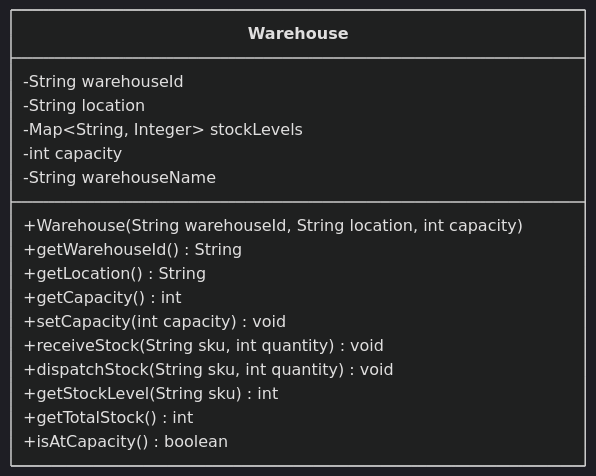
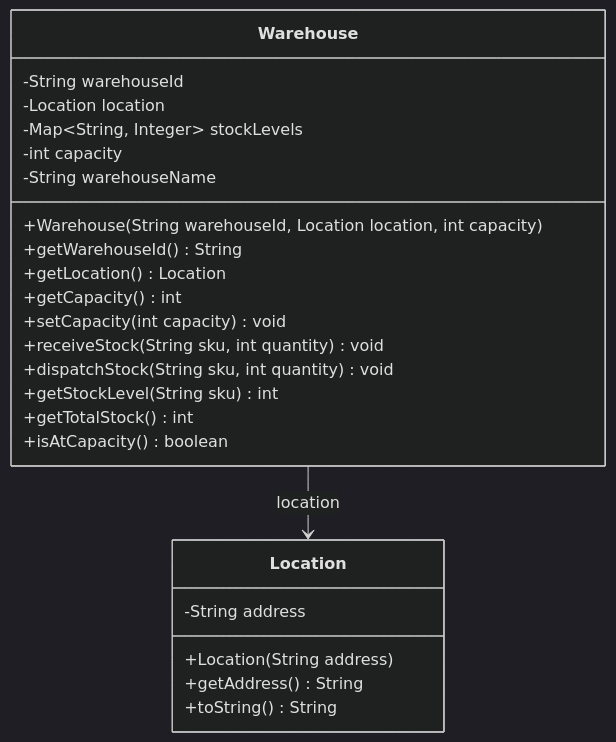
The diagram in docs/diagrams/class-diagram.md (nichom01/GitHub-bob-demo), drawn with Mermaid (dark theme) before and after one commit. The commit also changed 2 other files, not shown here.

Commit message:
docs: auto-update release notes and diagrams via Bob

````diff
--- a/docs/diagrams/class-diagram.md
+++ b/docs/diagrams/class-diagram.md
@@ -3,20 +3,29 @@
 ```mermaid
 classDiagram
+    class Location {
+        -String address
+        +Location(String address)
+        +getAddress() String
+        +toString() String
+    }
+
     class Warehouse {
         -String warehouseId
-        -String location
+        -Location location
         -Map~String, Integer~ stockLevels
         -int capacity
         -String warehouseName
-        +Warehouse(String warehouseId, String location, int capacity)
+        +Warehouse(String warehouseId, Location location, int capacity)
         +getWarehouseId() String
-        +getLocation() String
+        +getLocation() Location
         +getCapacity() int
         +setCapacity(int capacity) void
         +receiveStock(String sku, int quantity) void
         +dispatchStock(String sku, int quantity) void
         +getStockLevel(String sku) int
         +getTotalStock() int
         +isAtCapacity() boolean
     }
+
+    Warehouse --> Location : location
 ```
````
